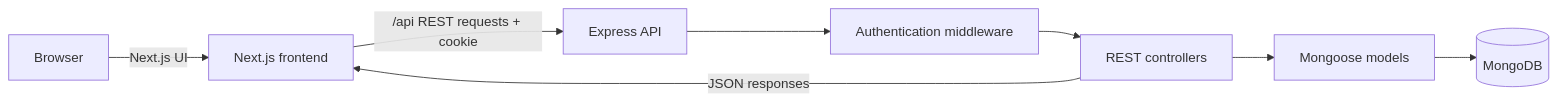
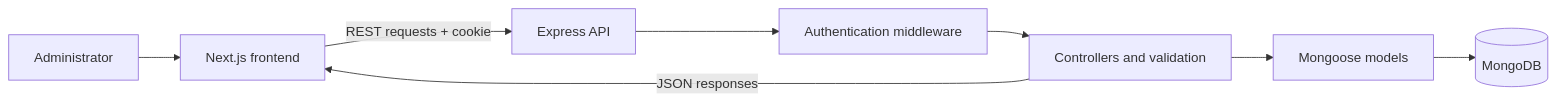
One commit to OrpanAp/doctor-tracker changed the diagram in README.md. Above: the diagram before and after it, drawn with Mermaid. The commit also changed other lines of this file, not shown here.

````diff
--- a/README.md
+++ b/README.md
@@ -35,10 +83,10 @@
 ```mermaid
 flowchart LR
-  A[Browser] -->|Next.js UI| F[Next.js frontend]
-  F -->|/api REST requests + cookie| E[Express API]
-  E --> H[Authentication middleware]
-  H --> R[REST controllers]
-  R --> M[Mongoose models]
-  M --> D[(MongoDB)]
-  R -->|JSON responses| F
+    U[Administrator] --> W[Next.js frontend]
+    W -->|REST requests + cookie| A[Express API]
+    A --> AUTH[Authentication middleware]
+    AUTH --> C[Controllers and validation]
+    C --> M[Mongoose models]
+    M --> DB[(MongoDB)]
+    C -->|JSON responses| W
 ```
````
